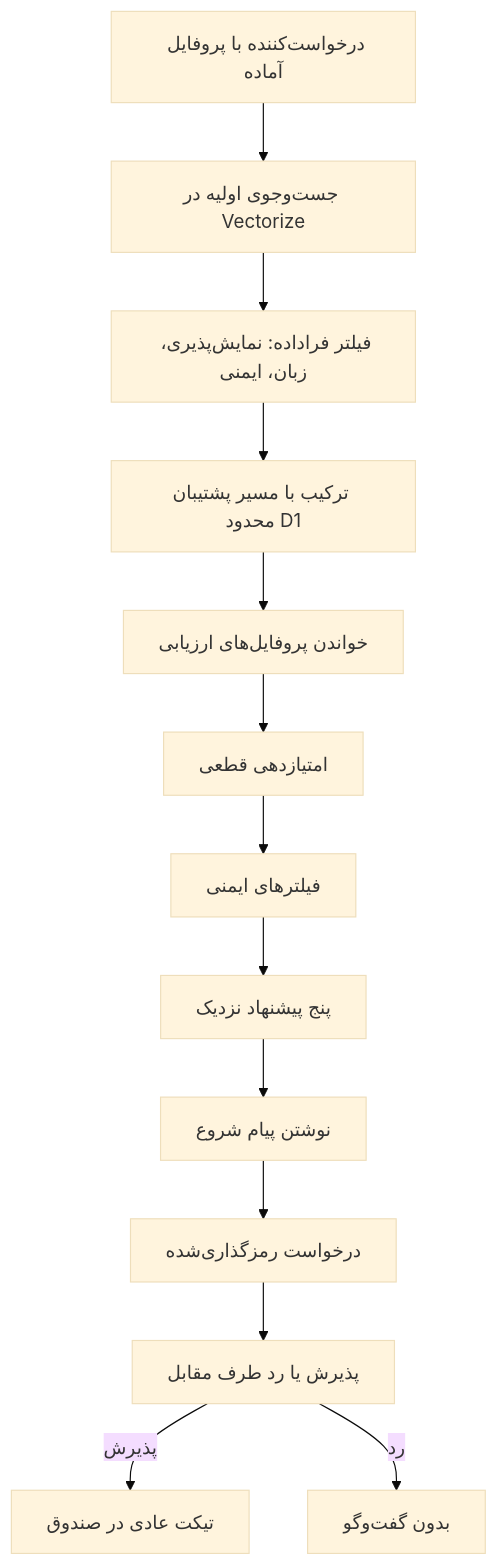
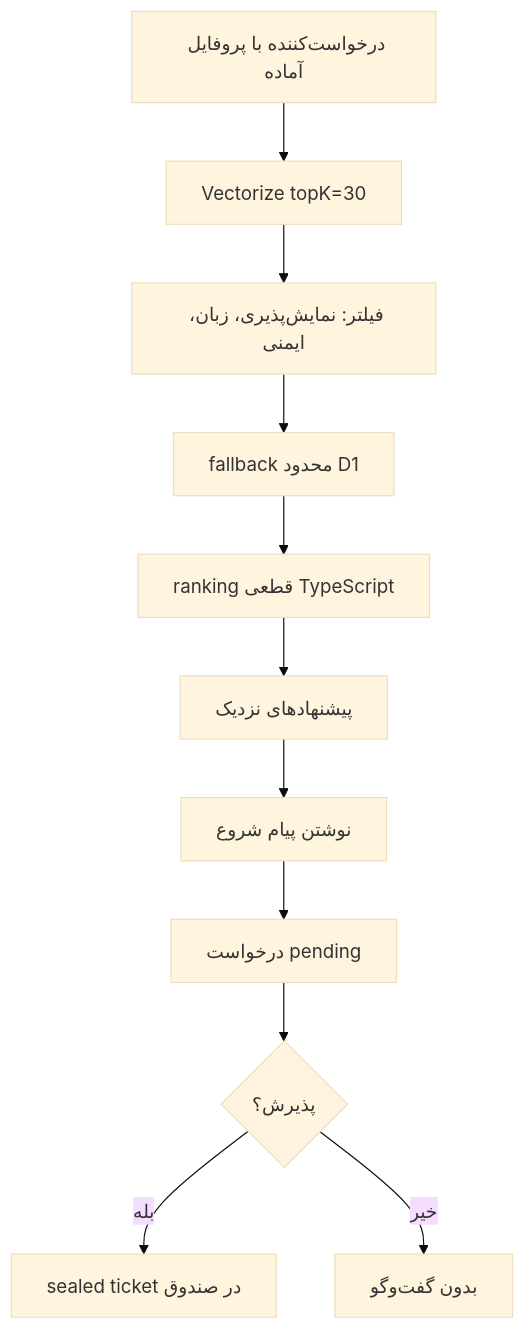
Before and after one commit to mohetios/mohetios.dev: the ninth of 10 diagrams in content/fa/lab/nekonymous-anonymous-messaging-technical-lab.md, drawn with Mermaid (base theme). The commit also changed other lines of this file and 4 other files, not shown here.

First line of the commit message:
Align Nekonymous lab and blog with V1 architecture and terminology.

````diff
--- a/content/fa/lab/nekonymous-anonymous-messaging-technical-lab.md
+++ b/content/fa/lab/nekonymous-anonymous-messaging-technical-lab.md
@@ -590,15 +512,13 @@
 ```mermaid
 flowchart TD
-  A[درخواست‌کننده با پروفایل آماده] --> B[جست‌وجوی اولیه در Vectorize]
-  B --> C[فیلتر فراداده: نمایش‌پذیری، زبان، ایمنی]
-  C --> D[ترکیب با مسیر پشتیبان محدود D1]
-  D --> E[خواندن پروفایل‌های ارزیابی]
-  E --> F[امتیازدهی قطعی]
-  F --> G[فیلترهای ایمنی]
-  G --> H[پنج پیشنهاد نزدیک]
-  H --> I[نوشتن پیام شروع]
-  I --> J[درخواست رمزگذاری‌شده]
-  J --> K[پذیرش یا رد طرف مقابل]
-  K -->|پذیرش| L[تیکت عادی در صندوق]
-  K -->|رد| M[بدون گفت‌وگو]
+  A[درخواست‌کننده با پروفایل آماده] --> B[Vectorize topK=30]
+  B --> C[فیلتر: نمایش‌پذیری، زبان، ایمنی]
+  C --> D[fallback محدود D1]
+  D --> E[ranking قطعی TypeScript]
+  E --> F[پیشنهادهای نزدیک]
+  F --> G[نوشتن پیام شروع]
+  G --> H[درخواست pending]
+  H --> I{پذیرش؟}
+  I -->|بله| J[sealed ticket در صندوق]
+  I -->|خیر| K[بدون گفت‌وگو]
 ```
````
